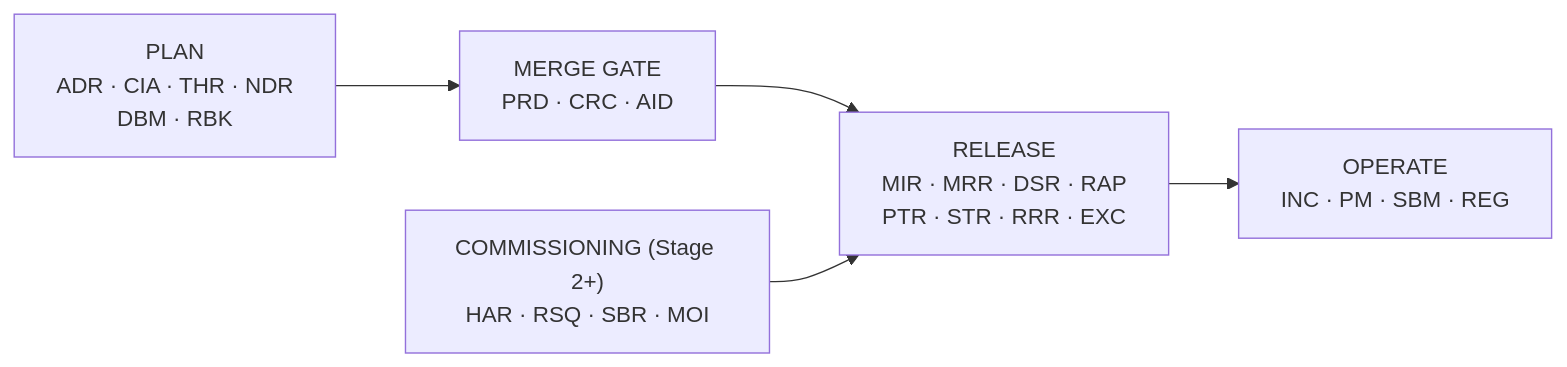
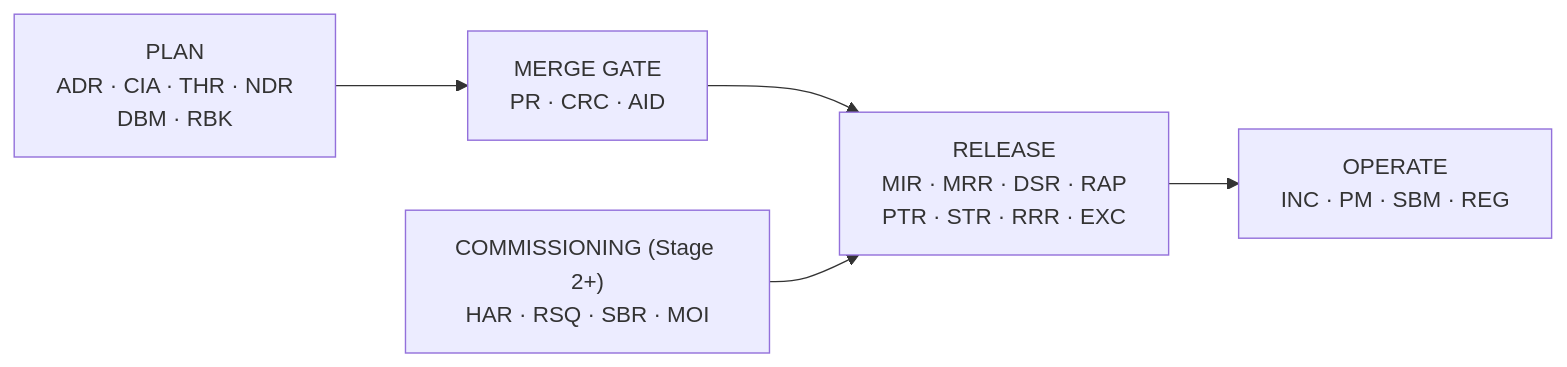
One commit to jdseo921/AOI_PCB_Database changed the diagram in Docs/standard/VOL18_Templates.md. Above: the diagram before and after it, drawn with Mermaid. The commit also changed 20 other files, not shown here.

````diff
--- a/Docs/standard/VOL18_Templates.md
+++ b/Docs/standard/VOL18_Templates.md
@@ -26,7 +26,7 @@
 ```mermaid
 flowchart LR
-    P["PLAN<br/>ADR · CIA · THR · NDR<br/>DBM · RBK"] --> G["MERGE GATE<br/>PRD · CRC · AID"]
+    P["PLAN<br/>ADR · CIA · THR · NDR<br/>DBM · RBK"] --> G["MERGE GATE<br/>PR · CRC · AID"]
     G --> R["RELEASE<br/>MIR · MRR · DSR · RAP<br/>PTR · STR · RRR · EXC"]
     C["COMMISSIONING (Stage 2+)<br/>HAR · RSQ · SBR · MOI"] --> R
     R --> O["OPERATE<br/>INC · PM · SBM · REG"]
 ```
````
